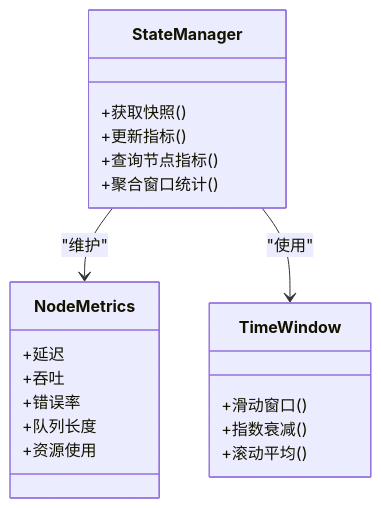
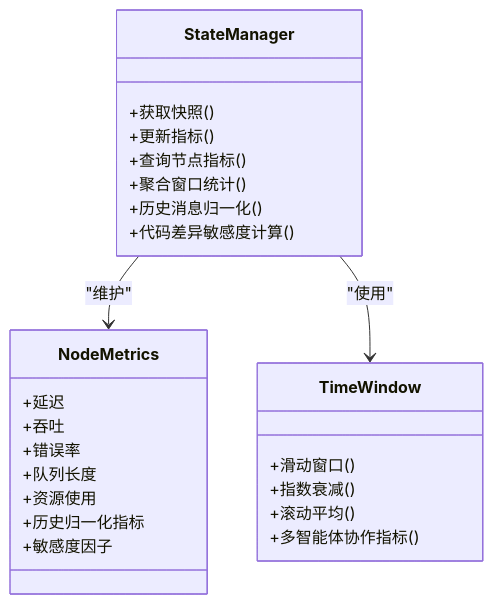
One commit to QuStarry/VIB-SparseCommunication changed the fourth of 6 diagrams in .qoder/repowiki/zh/content/VIB稀疏通信核心/路由决策机制.md. Above: the diagram before and after it, drawn with Mermaid. The commit also changed other lines of this file and 31 other files, not shown here.

````diff
--- a/.qoder/repowiki/zh/content/VIB稀疏通信核心/路由决策机制.md
+++ b/.qoder/repowiki/zh/content/VIB稀疏通信核心/路由决策机制.md
@@ -144,23 +170,28 @@
 ```mermaid
 classDiagram
 class StateManager {
 +获取快照()
 +更新指标()
 +查询节点指标()
 +聚合窗口统计()
++历史消息归一化()
++代码差异敏感度计算()
 }
 class NodeMetrics {
 +延迟
 +吞吐
 +错误率
 +队列长度
 +资源使用
++历史归一化指标
++敏感度因子
 }
 class TimeWindow {
 +滑动窗口()
 +指数衰减()
 +滚动平均()
++多智能体协作指标()
 }
 StateManager --> NodeMetrics : "维护"
 StateManager --> TimeWindow : "使用"
 ```
````
